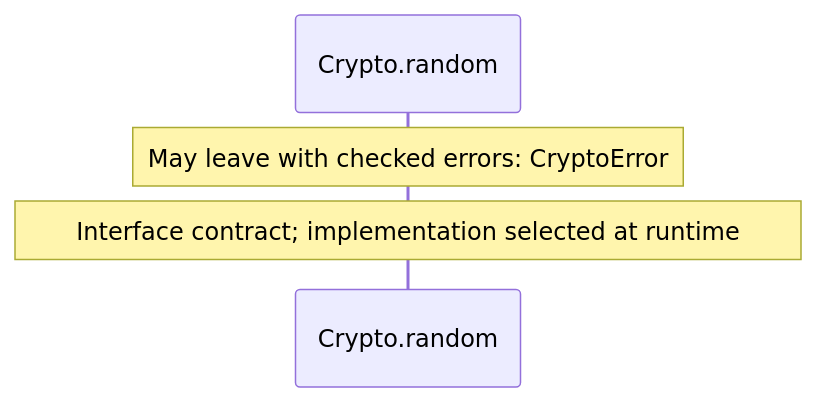
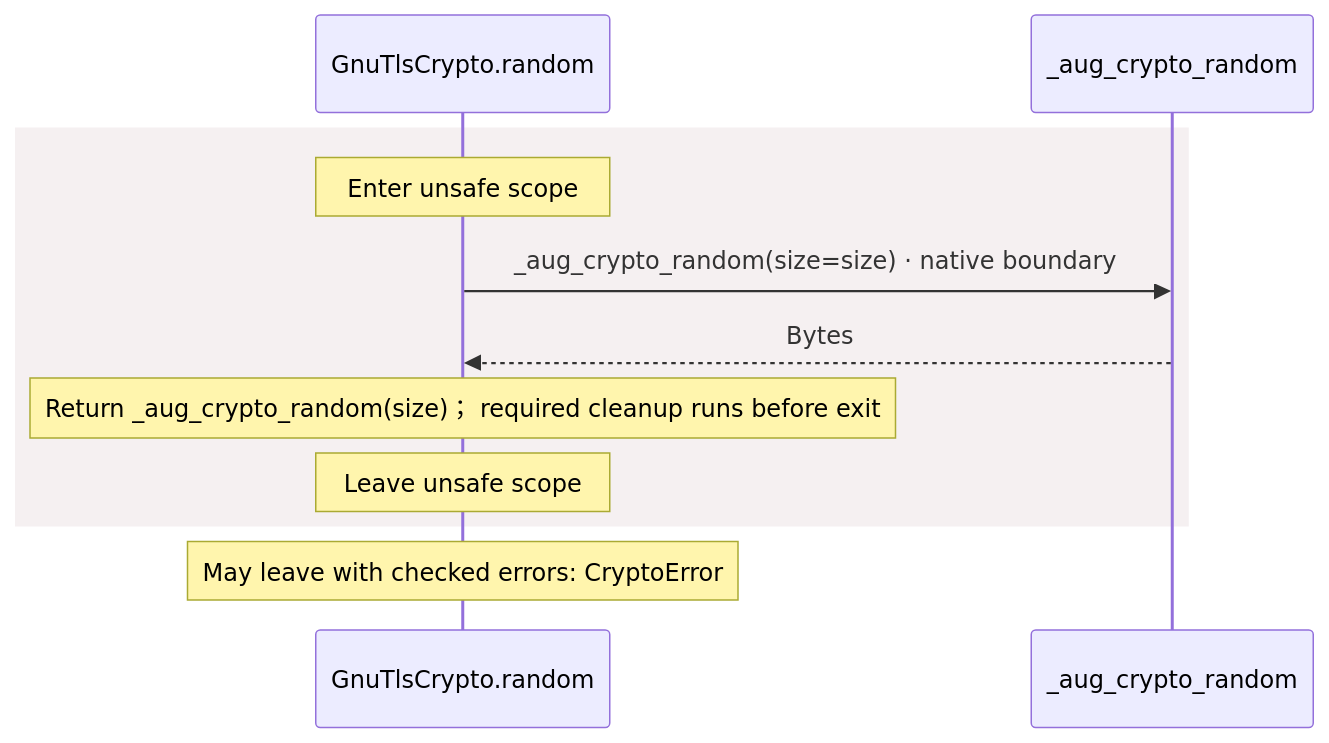
One commit to GreenPandaStudios/augscript changed the fourth of 14 diagrams in docs/examples/oidc-login/dependencies/packages/@git/url_9ef654c66d34ab8f5527/0.0.0-git.b14a0f9aa41f1ce58bd51133bcdc424033e40d40/contracts-diagrams.md. Above: the diagram before and after it, drawn with Mermaid. The commit also changed other lines of this file and 524 other files, not shown here.

Commit message:
Explain checked data flow at folder and service levels

````diff
--- a/docs/examples/oidc-login/dependencies/packages/@git/url_9ef654c66d34ab8f5527/0.0.0-git.b14a0f9aa41f1ce58bd51133bcdc424033e40d40/contracts-diagrams.md
+++ b/docs/examples/oidc-login/dependencies/packages/@git/url_9ef654c66d34ab8f5527/0.0.0-git.b14a0f9aa41f1ce58bd51133bcdc424033e40d40/contracts-diagrams.md
@@ -116,7 +291,13 @@
 ```mermaid
 sequenceDiagram
-    participant p0 as Crypto.random
-
+    participant p0 as GnuTlsCrypto.random
+    participant p1 as _aug_crypto_random
+    rect rgb(245, 240, 241)
+    Note over p0: Enter unsafe scope
+    p0->>p1: _aug_crypto_random(size=size) · native boundary
+    p1-->>p0: Bytes
+    Note over p0: Return _aug_crypto_random(size)； required cleanup runs before exit
+    Note over p0: Leave unsafe scope
+    end
     Note over p0: May leave with checked errors: CryptoError
-    Note over p0: Interface contract#59; implementation selected at runtime
 ```
````
